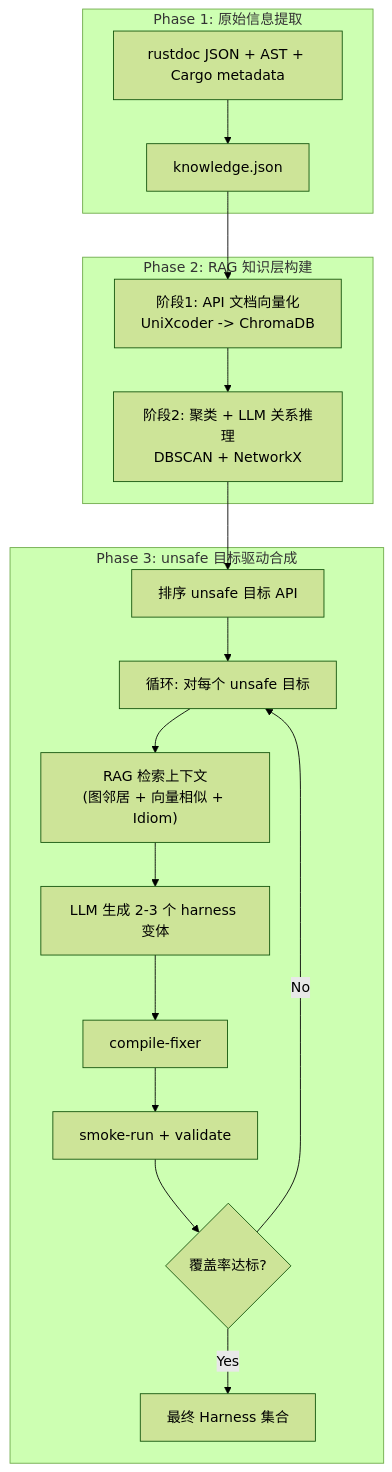
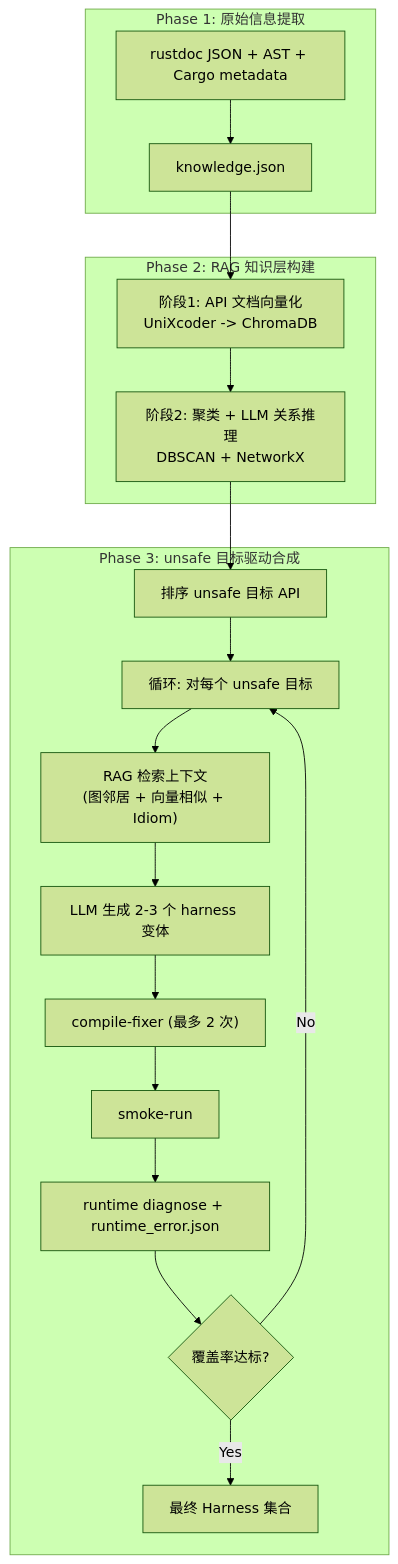
The diagram in semantic_harness_agent_design_v5.md (cuiwenhao123/SERAPH), drawn with Mermaid (forest theme) before and after one commit. The commit also changed other lines of this file and 86 other files, not shown here.

````diff
--- a/semantic_harness_agent_design_v5.md
+++ b/semantic_harness_agent_design_v5.md
@@ -129,23 +162,24 @@
 ```mermaid
 flowchart TD
     subgraph Phase1["Phase 1: 原始信息提取"]
         A["rustdoc JSON + AST + Cargo metadata"] --> K["knowledge.json"]
     end
 
     subgraph Phase2RAG["Phase 2: RAG 知识层构建"]
         K --> V["阶段1: API 文档向量化<br/>UniXcoder -> ChromaDB"]
         V --> CL["阶段2: 聚类 + LLM 关系推理<br/>DBSCAN + NetworkX"]
     end
 
     subgraph Phase3["Phase 3: unsafe 目标驱动合成"]
         CL --> RANK["排序 unsafe 目标 API"]
         RANK --> LOOP["循环: 对每个 unsafe 目标"]
         LOOP --> RAG["RAG 检索上下文<br/>(图邻居 + 向量相似 + Idiom)"]
         RAG --> LLM["LLM 生成 2-3 个 harness 变体"]
-        LLM --> FIX["compile-fixer"]
-        FIX --> SMOKE["smoke-run + validate"]
-        SMOKE --> COV{"覆盖率达标?"}
+        LLM --> FIX["compile-fixer (最多 2 次)"]
+        FIX --> SMOKE["smoke-run"]
+        SMOKE --> DIAG["runtime diagnose + runtime_error.json"]
+        DIAG --> COV{"覆盖率达标?"}
         COV -->|"No"| LOOP
         COV -->|"Yes"| OUT["最终 Harness 集合"]
     end
 ```
````
